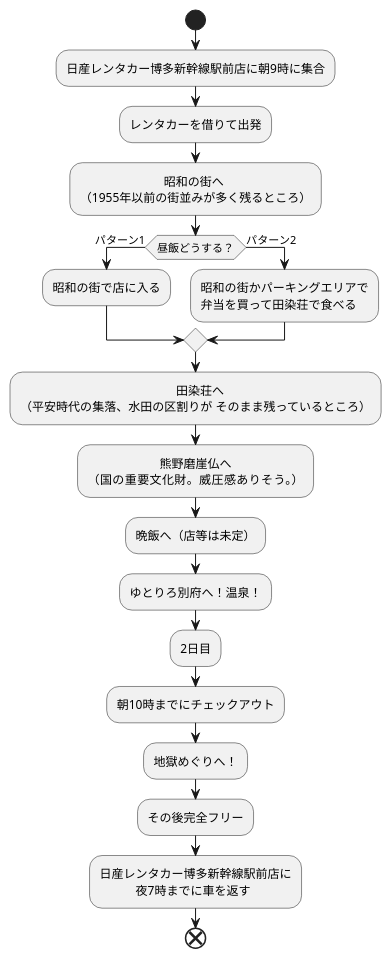
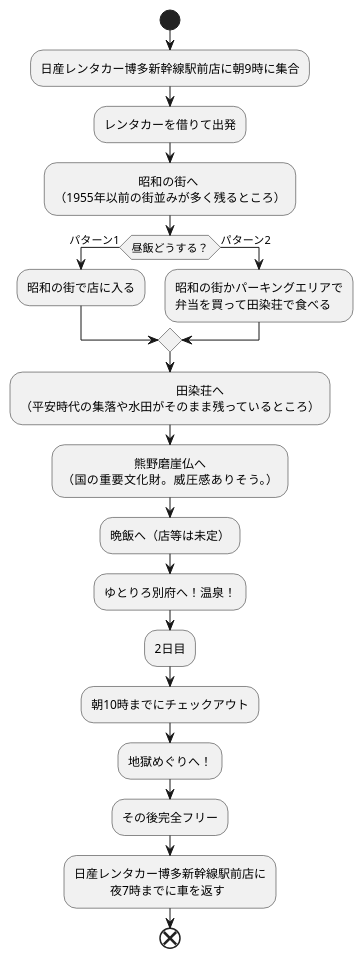
Before and after one commit to Aso2001369/2021sys-design: the diagram in trip/trip.md, drawn with PlantUML.

````diff
--- a/trip/trip.md
+++ b/trip/trip.md
@@ -1,30 +1,30 @@
 ```uml
 @startuml
 start
 
 :日産レンタカー博多新幹線駅前店に朝9時に集合;
 :レンタカーを借りて出発;
 :　　　　　　　昭和の街へ
 （1955年以前の街並みが多く残るところ）;
 if(昼飯どうする？)then(パターン1)
 :昭和の街で店に入る;
 else(パターン2)
 :昭和の街かパーキングエリアで
 弁当を買って田染荘で食べる;
 endif
 :　　　　　　　　　　　　　田染荘へ
-（平安時代の集落、水田の区割りが そのまま残っているところ）;
+（平安時代の集落や水田がそのまま残っているところ）;
 :　　　　　　熊野磨崖仏へ
 （国の重要文化財。威圧感ありそう。）;
 :晩飯へ（店等は未定）;
 :ゆとりろ別府へ！温泉！;
 :2日目;
 :朝10時までにチェックアウト;
 :地獄めぐりへ！;
 :その後完全フリー;
 :日産レンタカー博多新幹線駅前店に
 　　　夜7時までに車を返す;
 
 end
 @enduml
 ```
````
